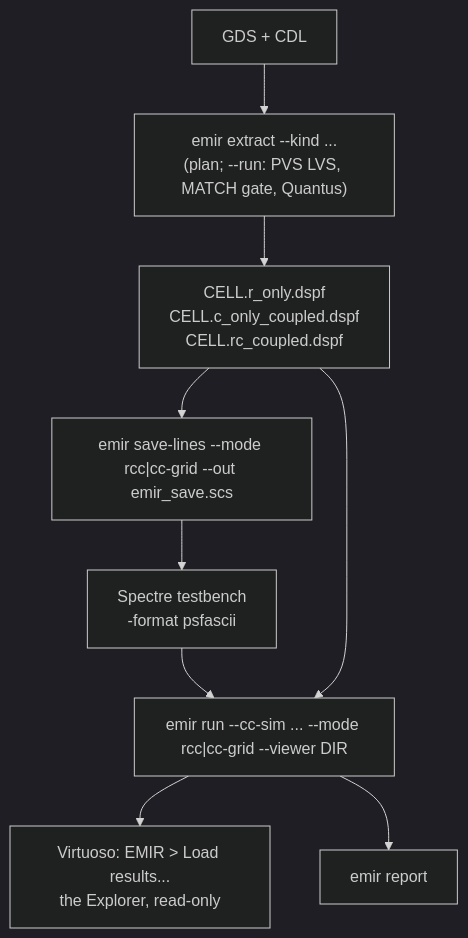
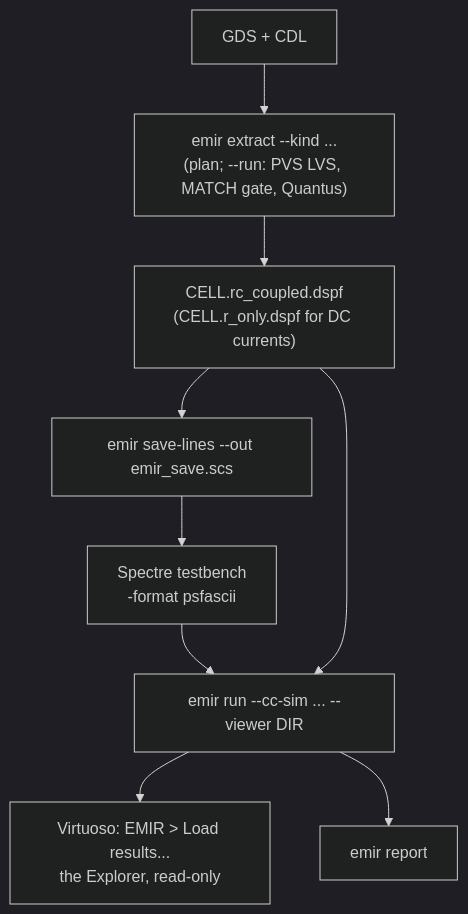
The diagram in docs/cadence.md (skycadeda/emir), drawn with Mermaid (dark theme) before and after one commit. The commit also changed other lines of this file and 389 other files, not shown here.

First line of the commit message:
EMIR 1.1: one method, rcc, exact for the simulated record

````diff
--- a/docs/cadence.md
+++ b/docs/cadence.md
@@ -45,11 +25,11 @@
 ```mermaid
 flowchart TB
   G["GDS + CDL"] --> X["emir extract --kind ...<br/>(plan; --run: PVS LVS, MATCH gate, Quantus)"]
-  X --> D["CELL.r_only.dspf<br/>CELL.c_only_coupled.dspf<br/>CELL.rc_coupled.dspf"]
-  D --> S["emir save-lines --mode rcc|cc-grid --out emir_save.scs"]
+  X --> D["CELL.rc_coupled.dspf<br/>(CELL.r_only.dspf for DC currents)"]
+  D --> S["emir save-lines --out emir_save.scs"]
   S --> SP["Spectre testbench<br/>-format psfascii"]
-  SP --> R["emir run --cc-sim ... --mode rcc|cc-grid --viewer DIR"]
+  SP --> R["emir run --cc-sim ... --viewer DIR"]
   D --> R
   R --> V["Virtuoso: EMIR > Load results...<br/>the Explorer, read-only"]
   R --> P["emir report"]
 ```
````
